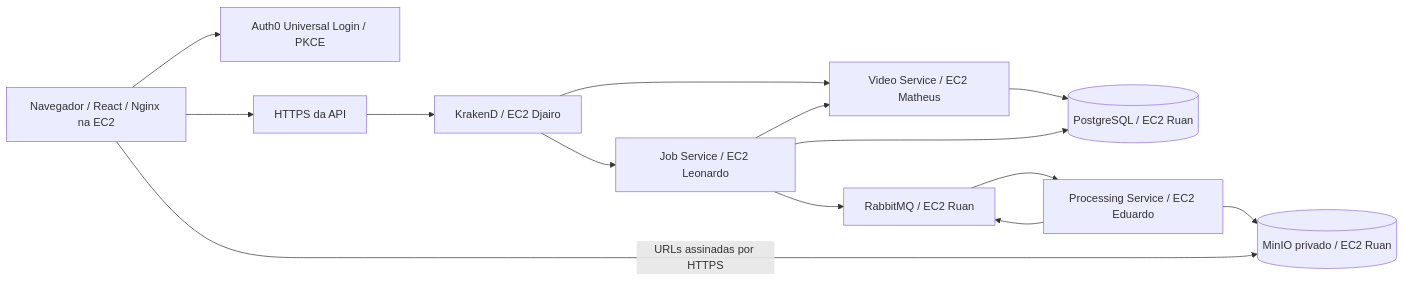
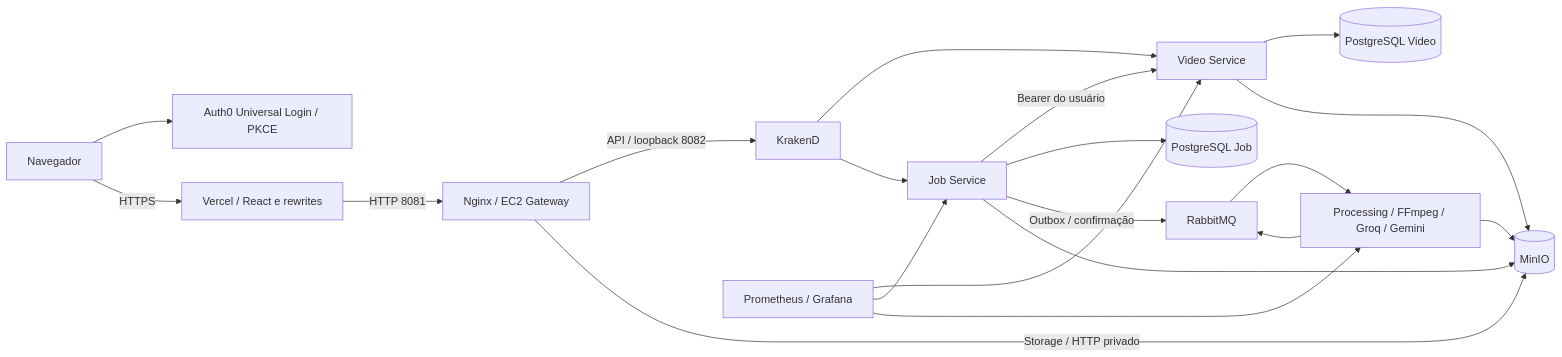
Before and after one commit to djairofilho/video-insight: the diagram in docs/autenticacao-e-deploy.md, drawn with Mermaid. The commit also changed other lines of this file and 28 other files, not shown here.

````diff
--- a/docs/autenticacao-e-deploy.md
+++ b/docs/autenticacao-e-deploy.md
@@ -5,16 +9,22 @@
 ```mermaid
 flowchart LR
-  U[Navegador / React / Nginx na EC2] --> A[Auth0 Universal Login / PKCE]
-  U --> E[HTTPS da API]
-  E --> G[KrakenD / EC2 Djairo]
-  G --> V[Video Service / EC2 Matheus]
-  G --> J[Job Service / EC2 Leonardo]
-  J --> V
-  V --> D[(PostgreSQL / EC2 Ruan)]
-  J --> D
-  J --> Q[RabbitMQ / EC2 Ruan]
-  Q --> P[Processing Service / EC2 Eduardo]
+  U[Navegador] --> A[Auth0 Universal Login / PKCE]
+  U -->|HTTPS| E[Vercel / React e rewrites]
+  E -->|HTTP 8081| N[Nginx / EC2 Gateway]
+  N -->|API / loopback 8082| G[KrakenD]
+  G --> V[Video Service]
+  G --> J[Job Service]
+  J -->|Bearer do usuário| V
+  V --> VD[(PostgreSQL Video)]
+  J --> JD[(PostgreSQL Job)]
+  J -->|Outbox / confirmação| Q[RabbitMQ]
+  Q --> P[Processing / FFmpeg / Groq / Gemini]
   P --> Q
-  P --> S[(MinIO privado / EC2 Ruan)]
-  U -->|URLs assinadas por HTTPS| S
+  N -->|Storage / HTTP privado| S[(MinIO)]
+  V --> S
+  J --> S
+  P --> S
+  M[Prometheus / Grafana] --> V
+  M --> J
+  M --> P
 ```
````
